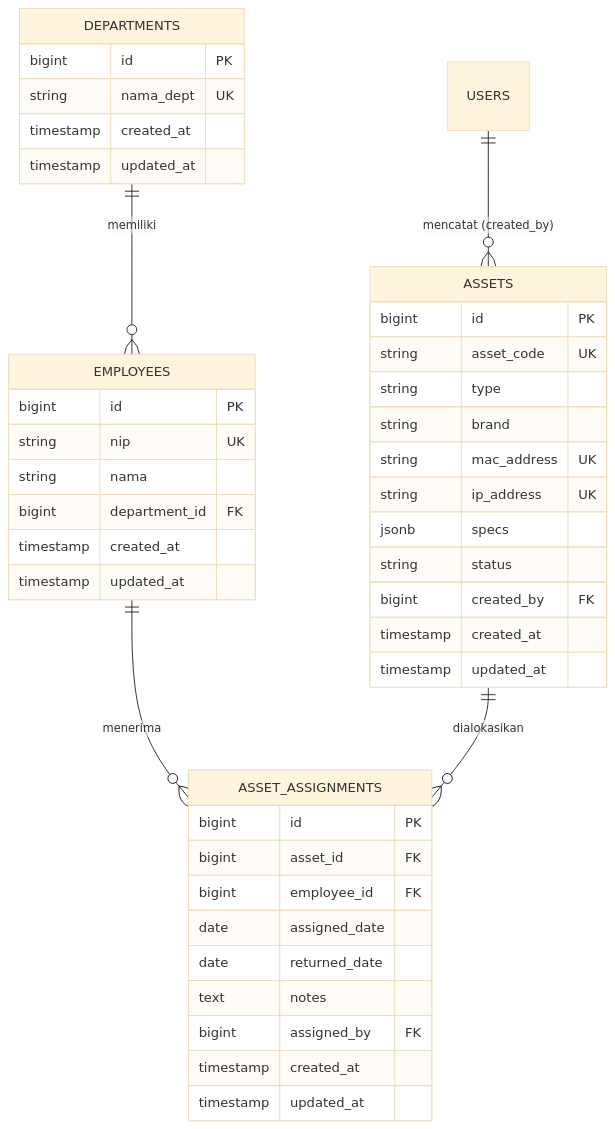
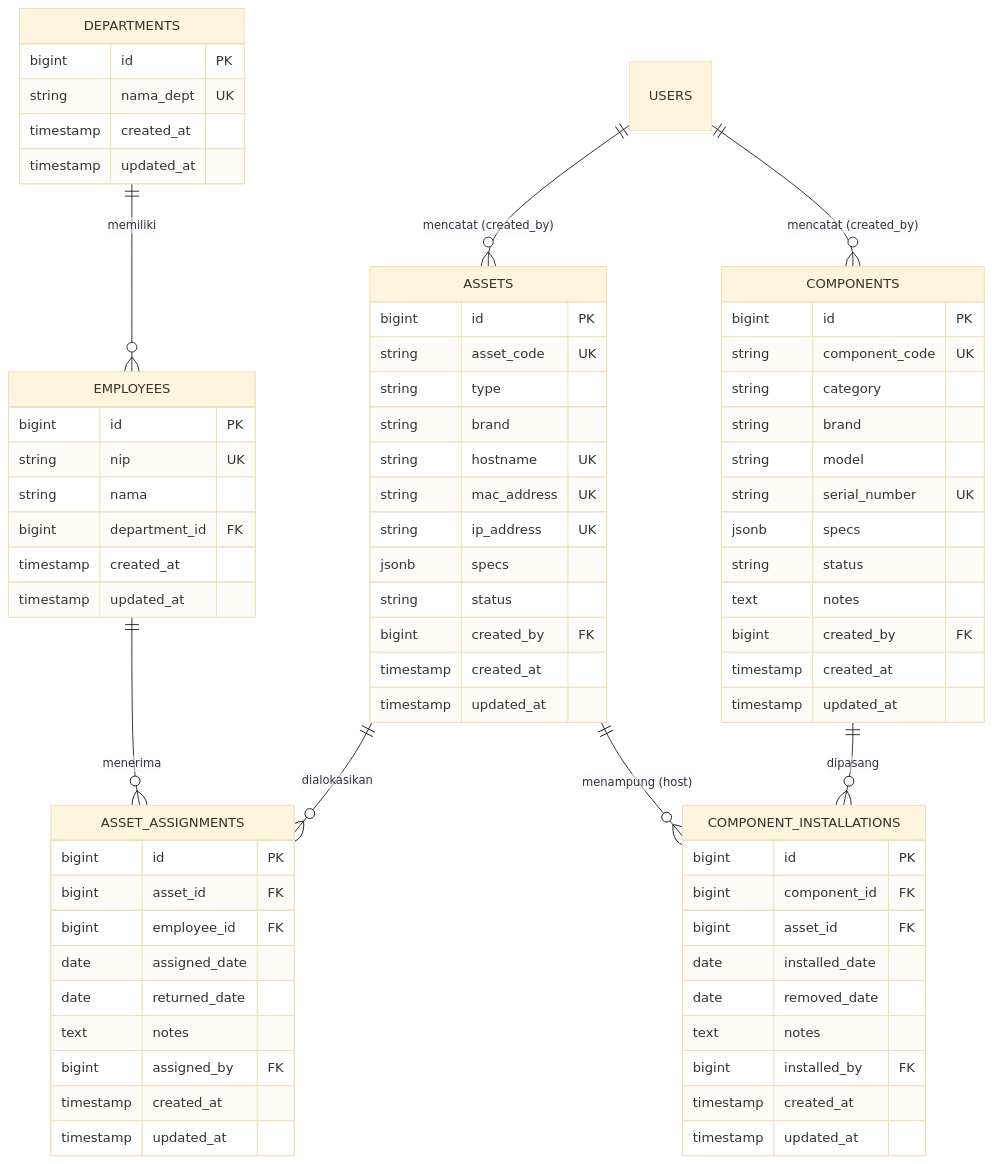
Before and after one commit to inandraaf/it-asset-management: the diagram in dokumentasi/03-database.md, drawn with Mermaid (base theme). The commit also changed other lines of this file and 59 other files, not shown here.

````diff
--- a/dokumentasi/03-database.md
+++ b/dokumentasi/03-database.md
@@ -7,46 +7,75 @@
 ```mermaid
 erDiagram
     DEPARTMENTS ||--o{ EMPLOYEES : "memiliki"
     EMPLOYEES   ||--o{ ASSET_ASSIGNMENTS : "menerima"
     ASSETS      ||--o{ ASSET_ASSIGNMENTS : "dialokasikan"
+    ASSETS      ||--o{ COMPONENT_INSTALLATIONS : "menampung (host)"
+    COMPONENTS  ||--o{ COMPONENT_INSTALLATIONS : "dipasang"
     USERS       ||--o{ ASSETS : "mencatat (created_by)"
+    USERS       ||--o{ COMPONENTS : "mencatat (created_by)"
 
     DEPARTMENTS {
         bigint id PK
         string nama_dept UK
         timestamp created_at
         timestamp updated_at
     }
     EMPLOYEES {
         bigint id PK
         string nip UK
         string nama
         bigint department_id FK
         timestamp created_at
         timestamp updated_at
     }
     ASSETS {
         bigint id PK
         string asset_code UK
         string type
         string brand
+        string hostname UK
         string mac_address UK
         string ip_address UK
         jsonb specs
         string status
         bigint created_by FK
         timestamp created_at
         timestamp updated_at
     }
     ASSET_ASSIGNMENTS {
         bigint id PK
         bigint asset_id FK
         bigint employee_id FK
         date assigned_date
         date returned_date
         text notes
         bigint assigned_by FK
         timestamp created_at
         timestamp updated_at
     }
+    COMPONENTS {
+        bigint id PK
+        string component_code UK
+        string category
+        string brand
+        string model
+        string serial_number UK
+        jsonb specs
+        string status
+        text notes
+        bigint created_by FK
+        timestamp created_at
+        timestamp updated_at
+    }
+    COMPONENT_INSTALLATIONS {
+        bigint id PK
+        bigint component_id FK
+        bigint asset_id FK
+        date installed_date
+        date removed_date
+        text notes
+        bigint installed_by FK
+        timestamp created_at
+        timestamp updated_at
+    }
 ```
````
